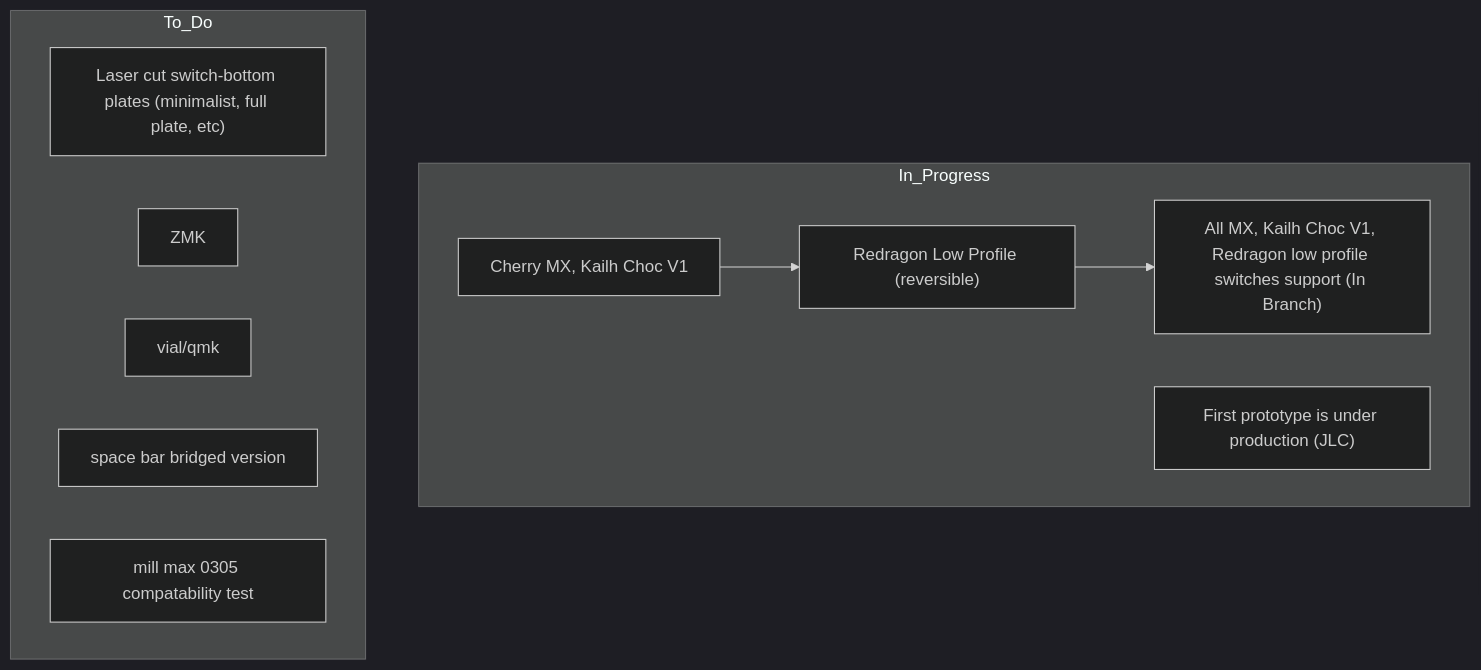
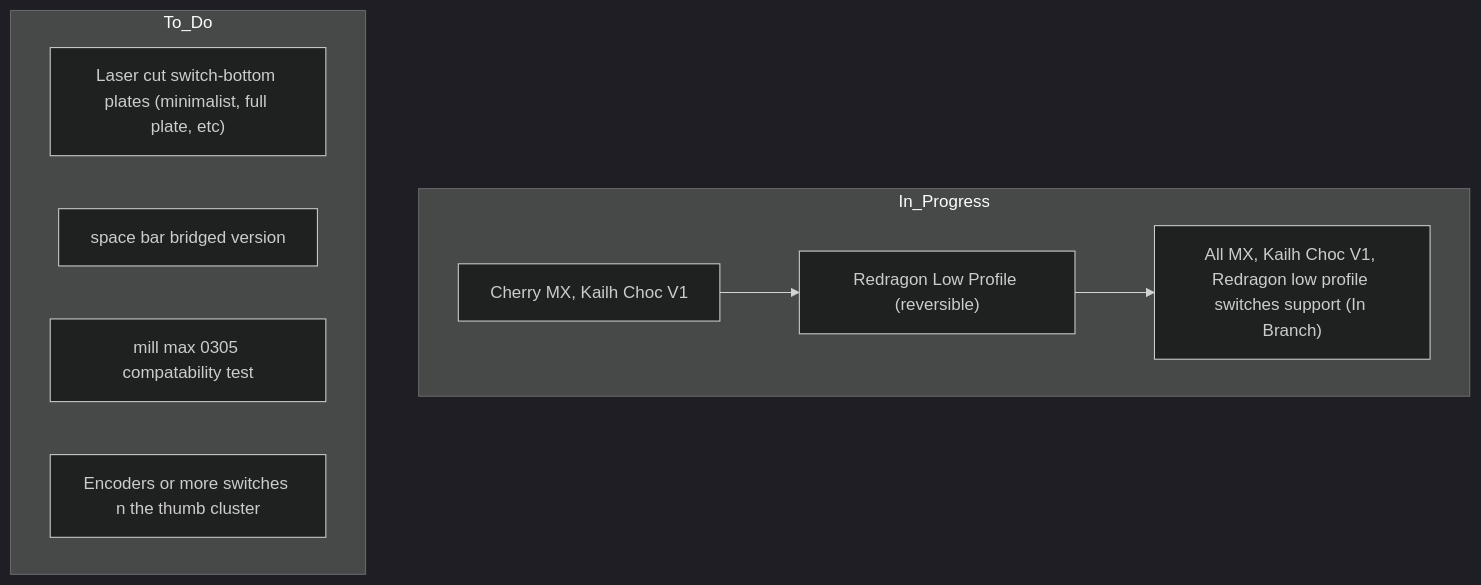
Before and after one commit to Apiratchai/cheapis-redragon-lowprofile: the diagram in README.md, drawn with Mermaid (dark theme).

````diff
--- a/README.md
+++ b/README.md
@@ -1,20 +1,18 @@
 ```mermaid
 graph TD;
 
 subgraph In_Progress
   id1["Cherry MX, Kailh Choc V1"] --> id2["Redragon Low Profile (reversible)"] --> id3["All MX, Kailh Choc V1, Redragon low profile switches support (In Branch)"];
-  id4["First prototype is under production (JLC)"];
 
 end
 
 subgraph To_Do
   A["Laser cut switch-bottom plates (minimalist, full plate, etc)"];
-  B["ZMK"];
-  C["vial/qmk"];
-  D["space bar bridged version"];
-  E["mill max 0305 compatability test"]
+  B["space bar bridged version"];
+  C["mill max 0305 compatability test"];
+  D["Encoders or more switches n the thumb cluster"]
 
 end
 
 
 ```
````
